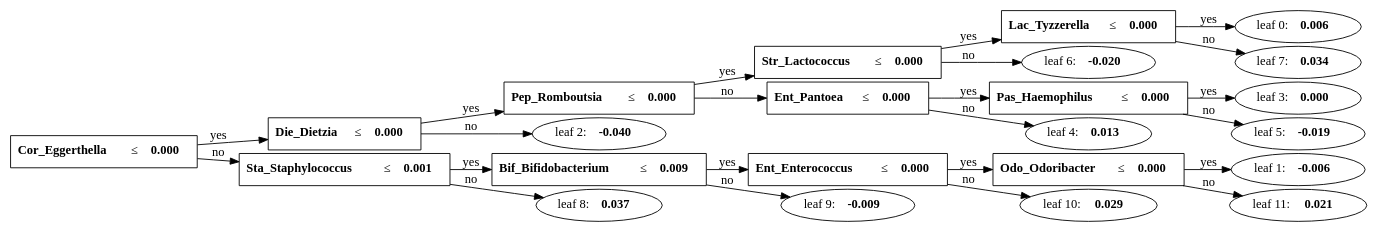
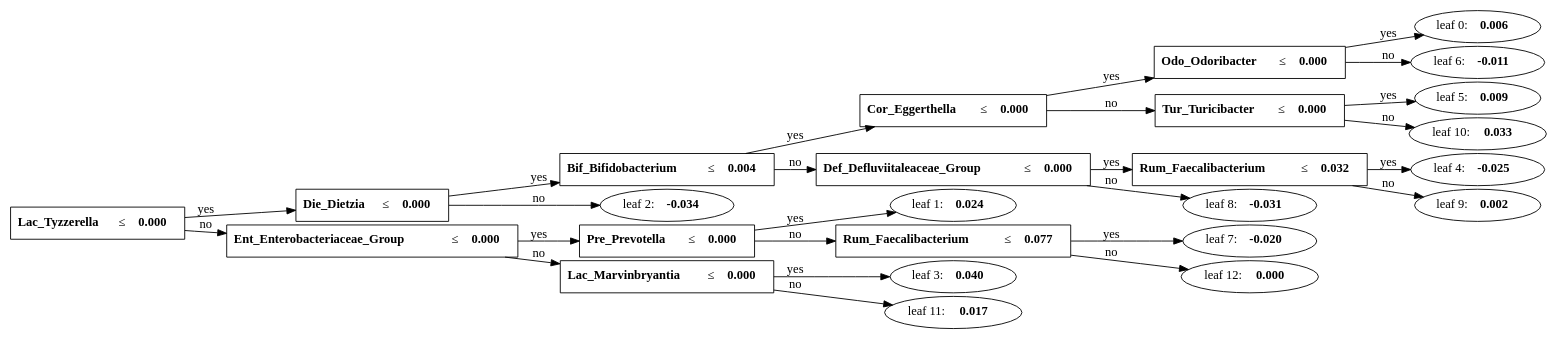
The diagram in microbial biomarkers/Tree_Autoimmune_SD.gv (BruceQD/Microbiome-based-disease-detection), drawn with Graphviz before and after one commit. The commit also changed 4 other files, not shown here.

```diff
--- a/microbial biomarkers/Tree_Autoimmune_SD.gv
+++ b/microbial biomarkers/Tree_Autoimmune_SD.gv
@@ -1,48 +1,52 @@
 digraph Tree_Autoimmune_SD {
 	graph [nodesep=0.05 rankdir=LR ranksep=0.3]
-	split0 [label=<<B>Cor_Eggerthella</B> &#8804; <B>0.000</B>> fillcolor=white shape=rectangle style=""]
+	split0 [label=<<B>Lac_Tyzzerella</B> &#8804; <B>0.000</B>> fillcolor=white shape=rectangle style=""]
 	split1 [label=<<B>Die_Dietzia</B> &#8804; <B>0.000</B>> fillcolor=white shape=rectangle style=""]
-	split2 [label=<<B>Pep_Romboutsia</B> &#8804; <B>0.000</B>> fillcolor=white shape=rectangle style=""]
-	split5 [label=<<B>Str_Lactococcus</B> &#8804; <B>0.000</B>> fillcolor=white shape=rectangle style=""]
-	split6 [label=<<B>Lac_Tyzzerella</B> &#8804; <B>0.000</B>> fillcolor=white shape=rectangle style=""]
+	split3 [label=<<B>Bif_Bifidobacterium</B> &#8804; <B>0.004</B>> fillcolor=white shape=rectangle style=""]
+	split4 [label=<<B>Cor_Eggerthella</B> &#8804; <B>0.000</B>> fillcolor=white shape=rectangle style=""]
+	split5 [label=<<B>Odo_Odoribacter</B> &#8804; <B>0.000</B>> fillcolor=white shape=rectangle style=""]
 	leaf0 [label=<leaf 0: <B>0.006</B>>]
-	split6 -> leaf0 [label=yes]
-	leaf7 [label=<leaf 7: <B>0.034</B>>]
-	split6 -> leaf7 [label=no]
-	split5 -> split6 [label=yes]
-	leaf6 [label=<leaf 6: <B>-0.020</B>>]
+	split5 -> leaf0 [label=yes]
+	leaf6 [label=<leaf 6: <B>-0.011</B>>]
 	split5 -> leaf6 [label=no]
-	split2 -> split5 [label=yes]
-	split3 [label=<<B>Ent_Pantoea</B> &#8804; <B>0.000</B>> fillcolor=white shape=rectangle style=""]
-	split4 [label=<<B>Pas_Haemophilus</B> &#8804; <B>0.000</B>> fillcolor=white shape=rectangle style=""]
-	leaf3 [label=<leaf 3: <B>0.000</B>>]
-	split4 -> leaf3 [label=yes]
-	leaf5 [label=<leaf 5: <B>-0.019</B>>]
-	split4 -> leaf5 [label=no]
+	split4 -> split5 [label=yes]
+	split9 [label=<<B>Tur_Turicibacter</B> &#8804; <B>0.000</B>> fillcolor=white shape=rectangle style=""]
+	leaf5 [label=<leaf 5: <B>0.009</B>>]
+	split9 -> leaf5 [label=yes]
+	leaf10 [label=<leaf 10: <B>0.033</B>>]
+	split9 -> leaf10 [label=no]
+	split4 -> split9 [label=no]
 	split3 -> split4 [label=yes]
-	leaf4 [label=<leaf 4: <B>0.013</B>>]
-	split3 -> leaf4 [label=no]
-	split2 -> split3 [label=no]
-	split1 -> split2 [label=yes]
-	leaf2 [label=<leaf 2: <B>-0.040</B>>]
+	split7 [label=<<B>Def_Defluviitaleaceae_Group</B> &#8804; <B>0.000</B>> fillcolor=white shape=rectangle style=""]
+	split8 [label=<<B>Rum_Faecalibacterium</B> &#8804; <B>0.032</B>> fillcolor=white shape=rectangle style=""]
+	leaf4 [label=<leaf 4: <B>-0.025</B>>]
+	split8 -> leaf4 [label=yes]
+	leaf9 [label=<leaf 9: <B>0.002</B>>]
+	split8 -> leaf9 [label=no]
+	split7 -> split8 [label=yes]
+	leaf8 [label=<leaf 8: <B>-0.031</B>>]
+	split7 -> leaf8 [label=no]
+	split3 -> split7 [label=no]
+	split1 -> split3 [label=yes]
+	leaf2 [label=<leaf 2: <B>-0.034</B>>]
 	split1 -> leaf2 [label=no]
 	split0 -> split1 [label=yes]
-	split7 [label=<<B>Sta_Staphylococcus</B> &#8804; <B>0.001</B>> fillcolor=white shape=rectangle style=""]
-	split8 [label=<<B>Bif_Bifidobacterium</B> &#8804; <B>0.009</B>> fillcolor=white shape=rectangle style=""]
-	split9 [label=<<B>Ent_Enterococcus</B> &#8804; <B>0.000</B>> fillcolor=white shape=rectangle style=""]
-	split10 [label=<<B>Odo_Odoribacter</B> &#8804; <B>0.000</B>> fillcolor=white shape=rectangle style=""]
-	leaf1 [label=<leaf 1: <B>-0.006</B>>]
-	split10 -> leaf1 [label=yes]
-	leaf11 [label=<leaf 11: <B>0.021</B>>]
+	split2 [label=<<B>Ent_Enterobacteriaceae_Group</B> &#8804; <B>0.000</B>> fillcolor=white shape=rectangle style=""]
+	split6 [label=<<B>Pre_Prevotella</B> &#8804; <B>0.000</B>> fillcolor=white shape=rectangle style=""]
+	leaf1 [label=<leaf 1: <B>0.024</B>>]
+	split6 -> leaf1 [label=yes]
+	split11 [label=<<B>Rum_Faecalibacterium</B> &#8804; <B>0.077</B>> fillcolor=white shape=rectangle style=""]
+	leaf7 [label=<leaf 7: <B>-0.020</B>>]
+	split11 -> leaf7 [label=yes]
+	leaf12 [label=<leaf 12: <B>0.000</B>>]
+	split11 -> leaf12 [label=no]
+	split6 -> split11 [label=no]
+	split2 -> split6 [label=yes]
+	split10 [label=<<B>Lac_Marvinbryantia</B> &#8804; <B>0.000</B>> fillcolor=white shape=rectangle style=""]
+	leaf3 [label=<leaf 3: <B>0.040</B>>]
+	split10 -> leaf3 [label=yes]
+	leaf11 [label=<leaf 11: <B>0.017</B>>]
 	split10 -> leaf11 [label=no]
-	split9 -> split10 [label=yes]
-	leaf10 [label=<leaf 10: <B>0.029</B>>]
-	split9 -> leaf10 [label=no]
-	split8 -> split9 [label=yes]
-	leaf9 [label=<leaf 9: <B>-0.009</B>>]
-	split8 -> leaf9 [label=no]
-	split7 -> split8 [label=yes]
-	leaf8 [label=<leaf 8: <B>0.037</B>>]
-	split7 -> leaf8 [label=no]
-	split0 -> split7 [label=no]
+	split2 -> split10 [label=no]
+	split0 -> split2 [label=no]
 }
```
